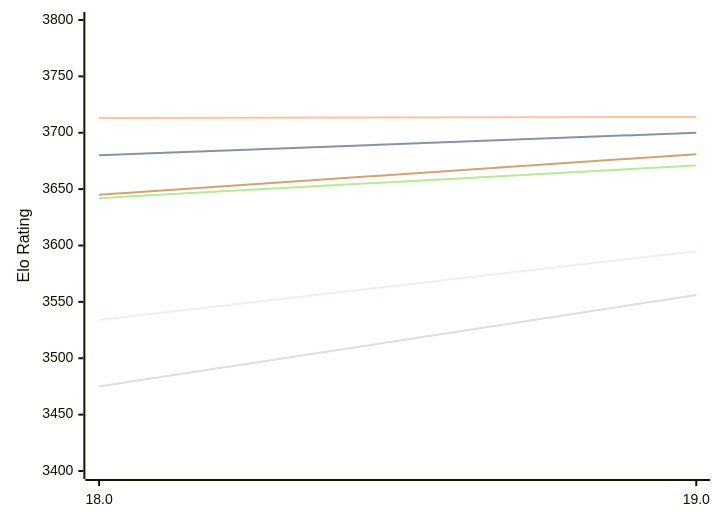
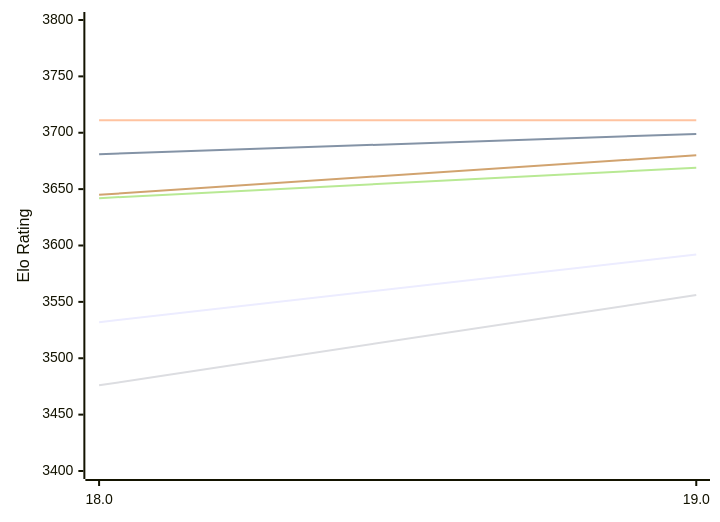
Before and after one commit to computer-chess-index/cci: the first of 2 diagrams in engines/Stockfish.md, drawn with Mermaid. The commit also changed other lines of this file, not shown here.

Commit message:
Update CCI Ratings (ELO VLTC) - 2026-11-27

````diff
--- a/engines/Stockfish.md
+++ b/engines/Stockfish.md
@@ -64,12 +64,12 @@
 ```mermaid
 %%{init: {"theme":"base","themeVariables":{"seriesColors:['#a3a3a3','#222221','#faa371']}}}%%
 xychart-beta
   x-axis ["18.0", "19.0"]
   y-axis "Elo Rating" 3400 --> 3800
-  line "E1: STC (8.0+0.08s)" [3534, 3595]
-  line "E1: LTC (60.0+0.60s)" [3680, 3700]
-  line "E1: VLTC (2m24s+1.12s)" [3713, 3714]
-  line "P1: STC (8.0+0.08s)" [3475, 3556]
-  line "P1: LTC (60.0+0.60s)" [3642, 3671]
-  line "P1: VLTC (2m24s+1.12s)" [3645, 3681]
+  line "E1: STC (8.0+0.08s)" [3532, 3592]
+  line "E1: LTC (60.0+0.60s)" [3681, 3699]
+  line "E1: VLTC (2m24s+1.12s)" [3711, 3711]
+  line "P1: STC (8.0+0.08s)" [3476, 3556]
+  line "P1: LTC (60.0+0.60s)" [3642, 3669]
+  line "P1: VLTC (2m24s+1.12s)" [3645, 3680]
 ```
````
